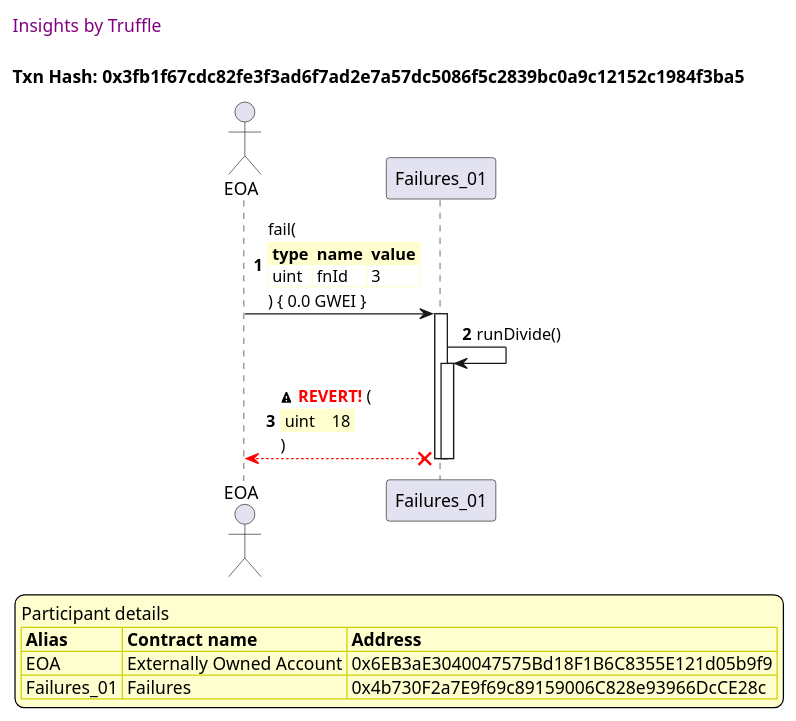
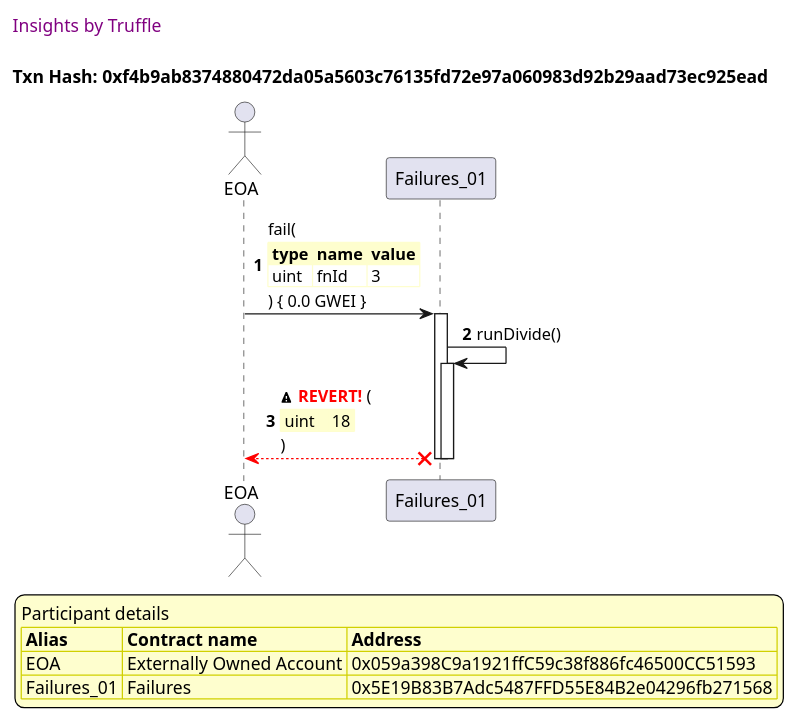
Before and after one commit to trufflesuite/txlog-seedlings: the fourth of 12 diagrams in truffle-seq/failures.test.md, drawn with PlantUML. The commit also changed other lines of this file and 8 other files, not shown here.

````diff
--- a/truffle-seq/failures.test.md
+++ b/truffle-seq/failures.test.md
@@ -179,45 +179,45 @@
 ```plantuml
 
 
 @startuml
 
 autonumber
 skinparam legendBackgroundColor #FEFECE
 
 <style>
       header {
         HorizontalAlignment left
         FontColor purple
         FontSize 14
         Padding 10
       }
     </style>
 
 header Insights by Truffle
 
-title Txn Hash: 0x3fb1f67cdc82fe3f3ad6f7ad2e7a57dc5086f5c2839bc0a9c12152c1984f3ba5
+title Txn Hash: 0xf4b9ab8374880472da05a5603c76135fd72e97a060983d92b29aad73ec925ead
 
 
 actor EOA as "EOA"
 participant Failures_01 as "Failures_01"
 
 "EOA" -> "Failures_01" ++: fail(\n\
 <#FEFECE,#FEFECE>|= type |= name |= value |\n\
 | uint | fnId | 3 |\n\
 ) { 0.0 GWEI }
 "Failures_01" -> "Failures_01" ++: runDivide()
 "Failures_01" x-[#red]-> "EOA" --: <&warning> <color #red>**REVERT!**</color> (\n\
 <#FEFECE,#FEFECE>| uint |  | 18 |\n\
 )
 deactivate "Failures_01"
 deactivate "Failures_01"
 
 legend
 Participant details
 <#FEFECE,#D0D000>|= Alias |= Contract name |= Address |
-<#FEFECE>| EOA | Externally Owned Account | 0x6EB3aE3040047575Bd18F1B6C8355E121d05b9f9 |
-<#FEFECE>| Failures_01 | Failures | 0x4b730F2a7E9f69c89159006C828e93966DcCE28c |
+<#FEFECE>| EOA | Externally Owned Account | 0x059a398C9a1921ffC59c38f886fc46500CC51593 |
+<#FEFECE>| Failures_01 | Failures | 0x5E19B83B7Adc5487FFD55E84B2e04296fb271568 |
 endlegend
 
 @enduml
 ```
````
